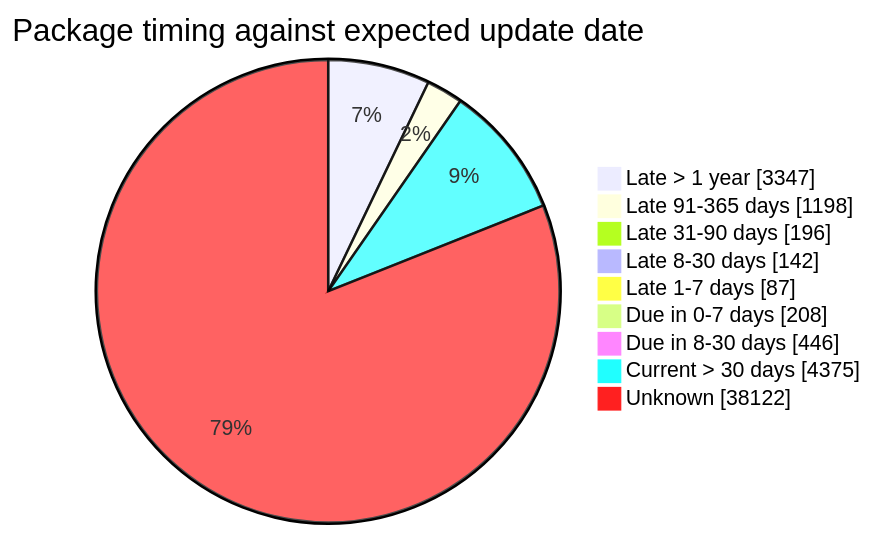
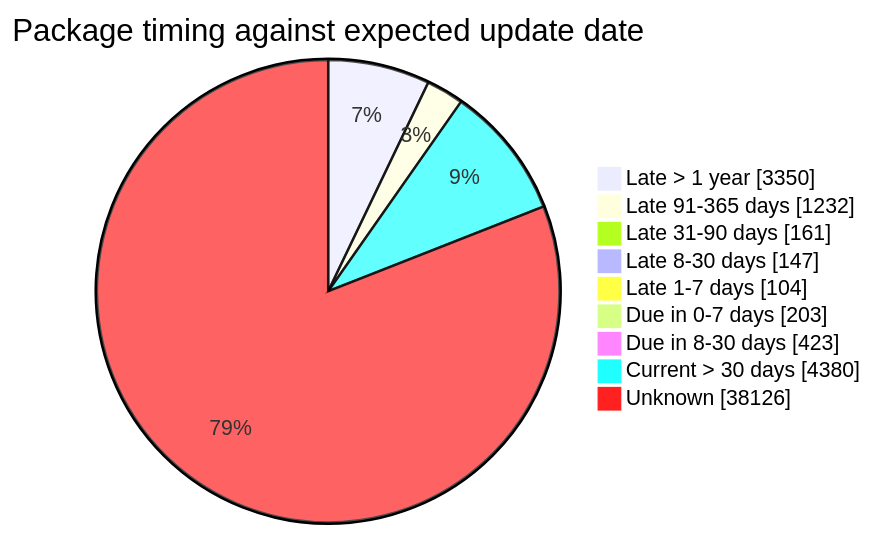
Before and after one commit to open-data/analytics-corporate-reporting: the fourth of 5 diagrams in FreshCheck/README.md, drawn with Mermaid. The commit also changed other lines of this file and 3 other files, not shown here.

````diff
--- a/FreshCheck/README.md
+++ b/FreshCheck/README.md
@@ -86,12 +86,12 @@
 ```mermaid
 pie showData title Package timing against expected update date
-    "Late > 1 year": 3347
-    "Late 91-365 days": 1198
-    "Late 31-90 days": 196
-    "Late 8-30 days": 142
-    "Late 1-7 days": 87
-    "Due in 0-7 days": 208
-    "Due in 8-30 days": 446
-    "Current > 30 days": 4375
-    "Unknown": 38122
+    "Late > 1 year": 3350
+    "Late 91-365 days": 1232
+    "Late 31-90 days": 161
+    "Late 8-30 days": 147
+    "Late 1-7 days": 104
+    "Due in 0-7 days": 203
+    "Due in 8-30 days": 423
+    "Current > 30 days": 4380
+    "Unknown": 38126
 ```
````
